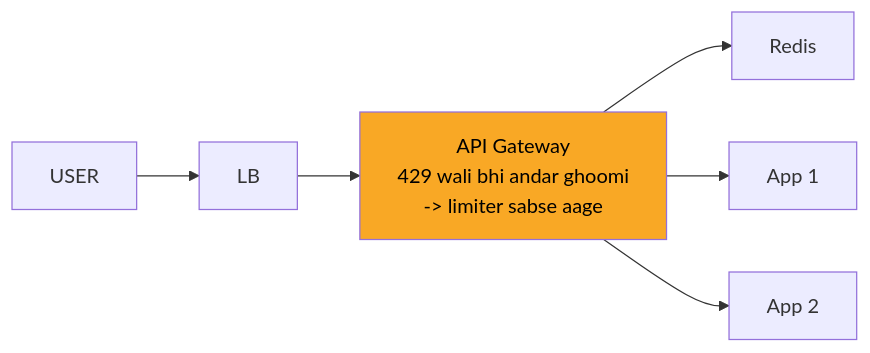
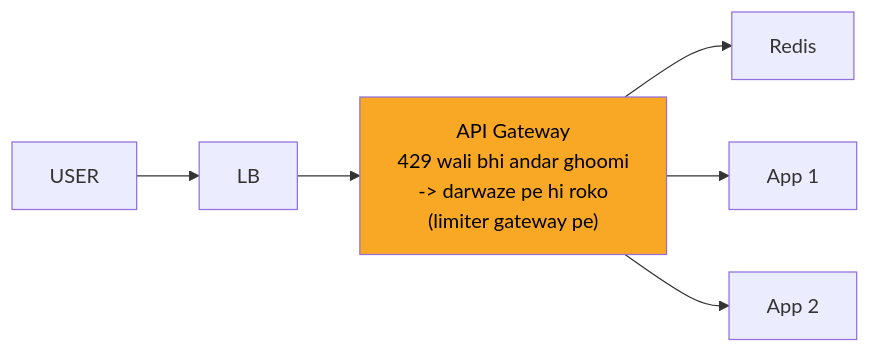
The fourth of 11 diagrams in 04_HLD/SYSTEM_DESIGNS/02_rate_limiter/02_rate_limiter.md (ArpanMaheshwari144/Prep), drawn with Mermaid before and after one commit. The commit also changed other lines of this file and 13 other files, not shown here.

````diff
--- a/04_HLD/SYSTEM_DESIGNS/02_rate_limiter/02_rate_limiter.md
+++ b/04_HLD/SYSTEM_DESIGNS/02_rate_limiter/02_rate_limiter.md
@@ -186,15 +186,15 @@
 ```mermaid
 flowchart LR
     n_USER["USER"]
     n_LB["LB"]
-    n_API_Gateway["API Gateway<br/>429 wali bhi andar ghoomi<br/>-> limiter sabse aage"]
+    n_API_Gateway["API Gateway<br/>429 wali bhi andar ghoomi<br/>-> darwaze pe hi roko<br/>(limiter gateway pe)"]
     n_Redis["Redis"]
     n_App_x_N_1["App 1"]
     n_App_x_N_2["App 2"]
     n_USER --> n_LB
     n_LB --> n_API_Gateway
     n_API_Gateway --> n_Redis
     n_API_Gateway --> n_App_x_N_1
     n_API_Gateway --> n_App_x_N_2
     style n_API_Gateway fill:#f9a825,color:#000
 ```
````
